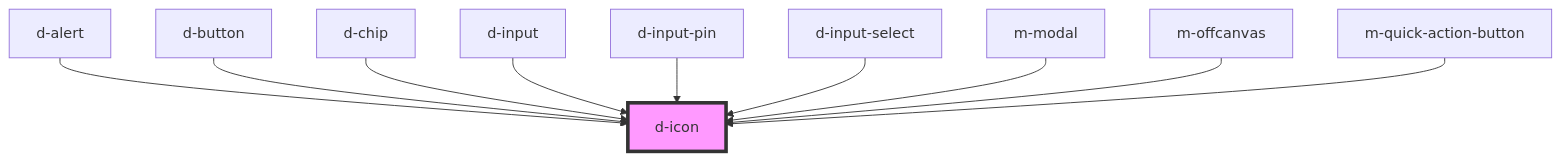
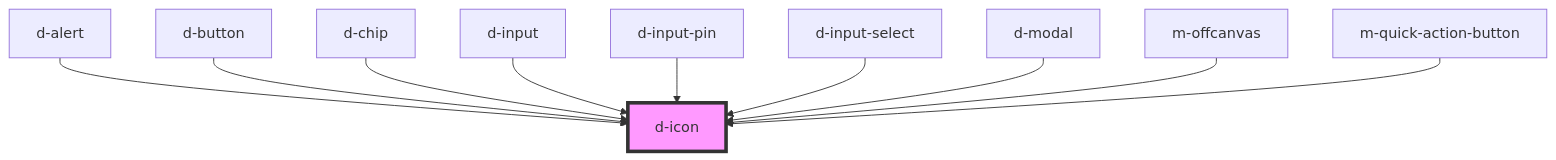
One commit to dynamic-framework/dynamic-ui changed the diagram in libraries/dynamic-ui/src/components/d-icon/readme.md. Above: the diagram before and after it, drawn with Mermaid. The commit also changed other lines of this file and 18 other files, not shown here.

````diff
--- a/libraries/dynamic-ui/src/components/d-icon/readme.md
+++ b/libraries/dynamic-ui/src/components/d-icon/readme.md
@@ -41,13 +41,13 @@
 ```mermaid
 graph TD;
   d-alert --> d-icon
   d-button --> d-icon
   d-chip --> d-icon
   d-input --> d-icon
   d-input-pin --> d-icon
   d-input-select --> d-icon
-  m-modal --> d-icon
+  d-modal --> d-icon
   m-offcanvas --> d-icon
   m-quick-action-button --> d-icon
   style d-icon fill:#f9f,stroke:#333,stroke-width:4px
 ```
````
